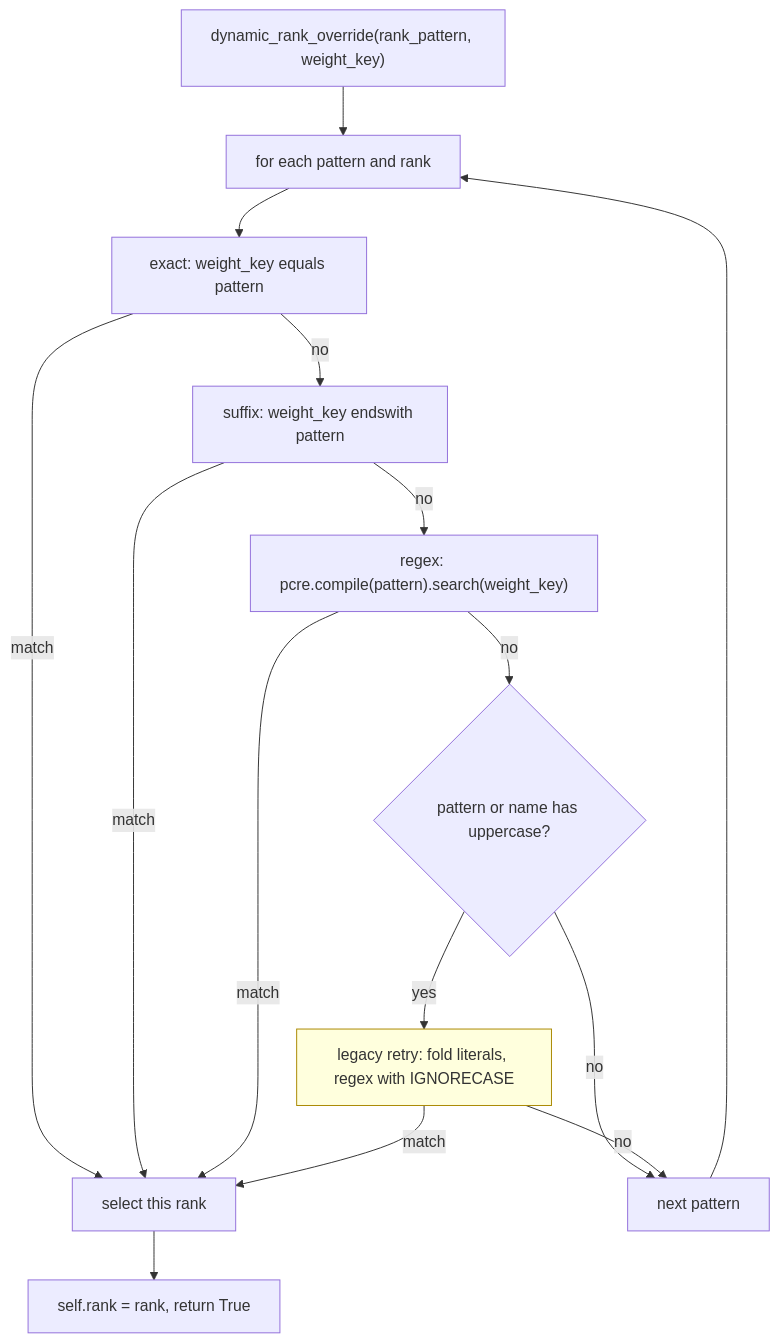
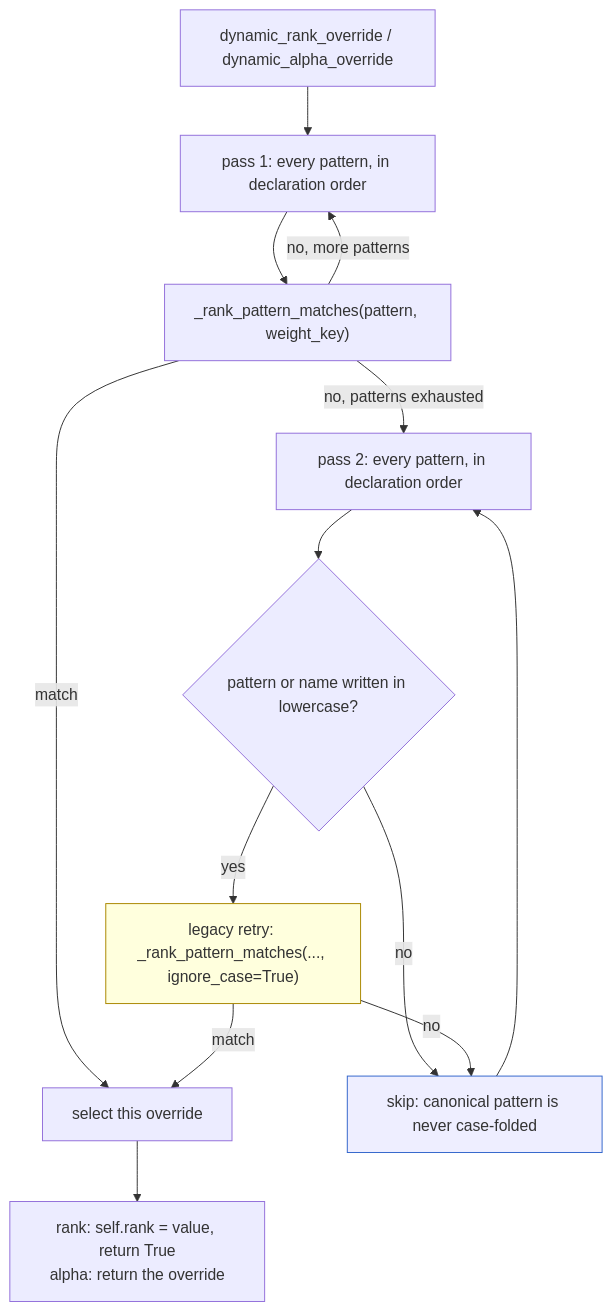
Before and after one commit to ModelCloud/GPTQModel: the first of 3 diagrams in docs/adapter-rank-pattern-matching.md, drawn with Mermaid. The commit also changed other lines of this file and 2 other files, not shown here.

Commit message:
fix(adapter): resolve rank/alpha patterns in PEFT's case order (#5422)
`dynamic_alpha_override` and `dynamic_rank_override` tried the legacy
case-insensitive fallback per pattern, before considering later patterns. With
canonical mixed-case modules that let an earlier lowercase rule win:
`alpha_pattern={"proj": 8, "Proj": 2}` applied 8 to `block.Proj`, where PEFT
resolves 2 (and the rank override had the same order).

Both overrides now collect candidates through `_pattern_override_candidates`,
which runs a full exact case-sensitive pass first and the lowercase fallback
only when nothing matched exactly. The fallback keeps its old reach (it needs a
lowercase pattern or module name), so legacy lowercase exports still load.

Tests: `tests/test_adapter_case_sensitive.py` gains the two-module case-order
regression for alpha and rank, plus a control that the lowercase fallback still
matches a canonical `Wqkv`. The two case-order tests fail on the unfixed code.
`docs/adapter-rank-pattern-matching.md` documents the two-pass flow.

````diff
--- a/docs/adapter-rank-pattern-matching.md
+++ b/docs/adapter-rank-pattern-matching.md
@@ -18,18 +18,17 @@
 ```mermaid
 flowchart TD
-    A["dynamic_rank_override(rank_pattern, weight_key)"] --> B["for each pattern and rank"]
-    B --> C["exact: weight_key equals pattern"]
-    C -- match --> HIT["select this rank"]
-    C -- no --> D["suffix: weight_key endswith pattern"]
-    D -- match --> HIT
-    D -- no --> E["regex: pcre.compile(pattern).search(weight_key)"]
-    E -- match --> HIT
-    E -- no --> F{"pattern or name has uppercase?"}
-    F -- no --> MISS["next pattern"]
-    F -- yes --> G["legacy retry: fold literals, regex with IGNORECASE"]
-    G -- match --> HIT
-    G -- no --> MISS
-    MISS --> B
-    HIT --> Z["self.rank = rank, return True"]
-    style G fill:#ffd,stroke:#a80
+    A["dynamic_rank_override / dynamic_alpha_override"] --> B["pass 1: every pattern, in declaration order"]
+    B --> C["_rank_pattern_matches(pattern, weight_key)"]
+    C -- match --> HIT["select this override"]
+    C -- no, more patterns --> B
+    C -- no, patterns exhausted --> D["pass 2: every pattern, in declaration order"]
+    D --> E{"pattern or name written in lowercase?"}
+    E -- no --> MISS["skip: canonical pattern is never case-folded"]
+    E -- yes --> F["legacy retry: _rank_pattern_matches(..., ignore_case=True)"]
+    F -- match --> HIT
+    F -- no --> MISS
+    MISS --> D
+    HIT --> Z["rank: self.rank = value, return True<br/>alpha: return the override"]
+    style F fill:#ffd,stroke:#a80
+    style MISS fill:#eef,stroke:#36c
 ```
````
